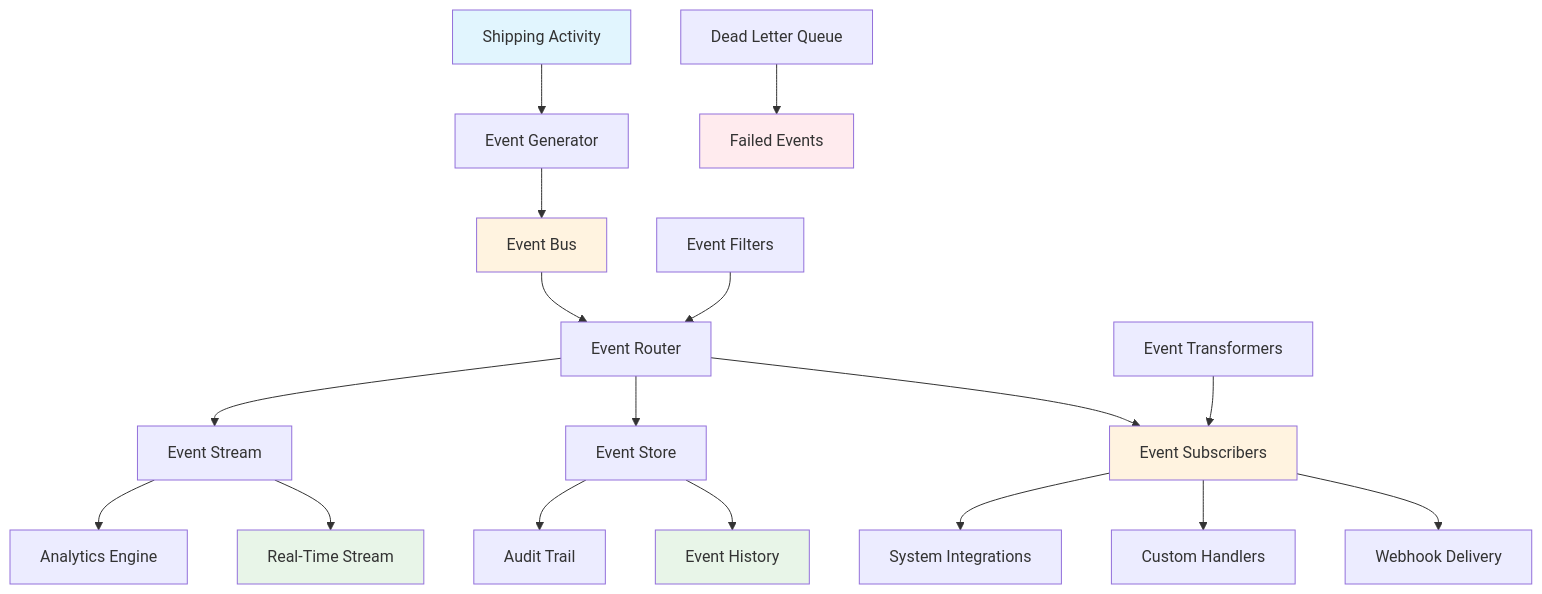
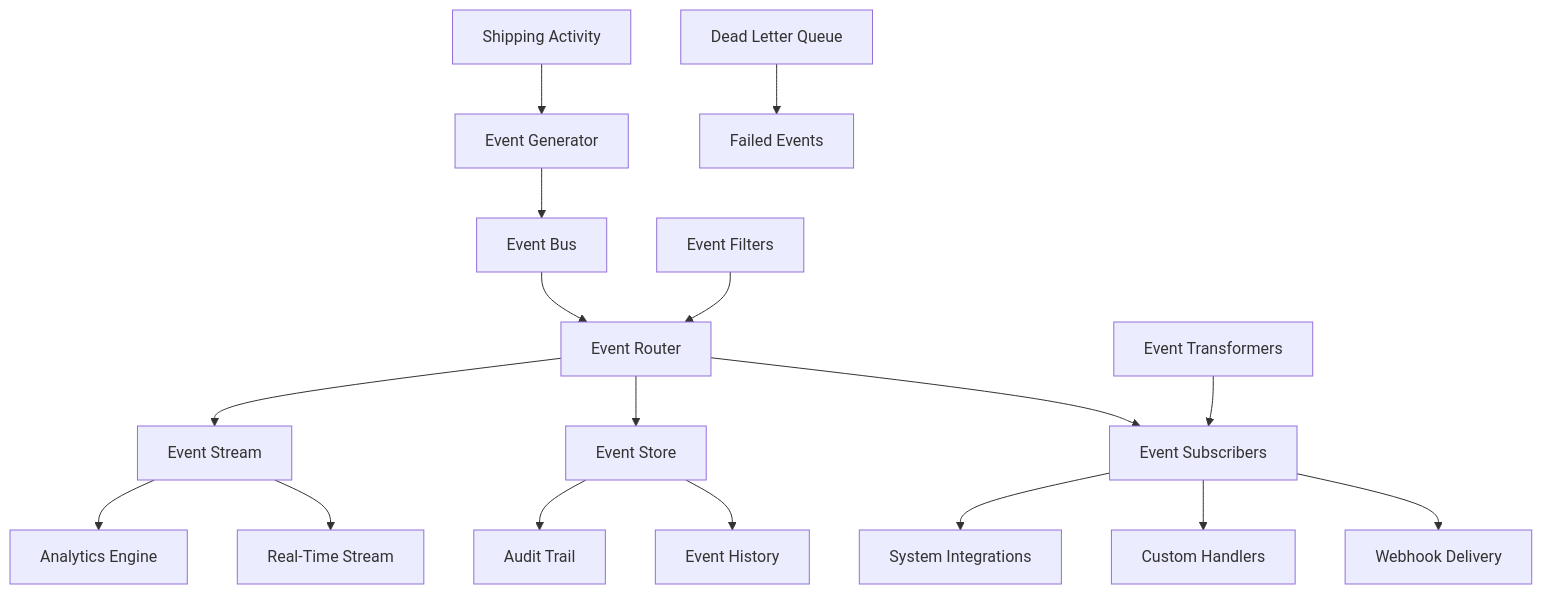
The diagram in apps/web/src/app/docs/products/events/page.mdx (karrioapi/karrio), drawn with Mermaid before and after one commit. The commit also changed 34 other files, not shown here.

````diff
--- a/apps/web/src/app/docs/products/events/page.mdx
+++ b/apps/web/src/app/docs/products/events/page.mdx
@@ -67,31 +67,26 @@
 ```mermaid
 flowchart TD
     A[Shipping Activity] --> B[Event Generator]
     B --> C[Event Bus]
     C --> D[Event Router]
 
     D --> E[Event Subscribers]
     D --> F[Event Store]
     D --> G[Event Stream]
 
     E --> H[Webhook Delivery]
     E --> I[Custom Handlers]
     E --> J[System Integrations]
 
     F --> K[Event History]
     F --> L[Audit Trail]
 
     G --> M[Real-Time Stream]
     G --> N[Analytics Engine]
 
     O[Event Filters] --> D
     P[Event Transformers] --> E
     Q[Dead Letter Queue] --> R[Failed Events]
 
-    style A fill:#e1f5fe
-    style C fill:#fff3e0
-    style E fill:#fff3e0
-    style K fill:#e8f5e8
-    style M fill:#e8f5e8
-    style R fill:#ffebee
+    
 ```
````
